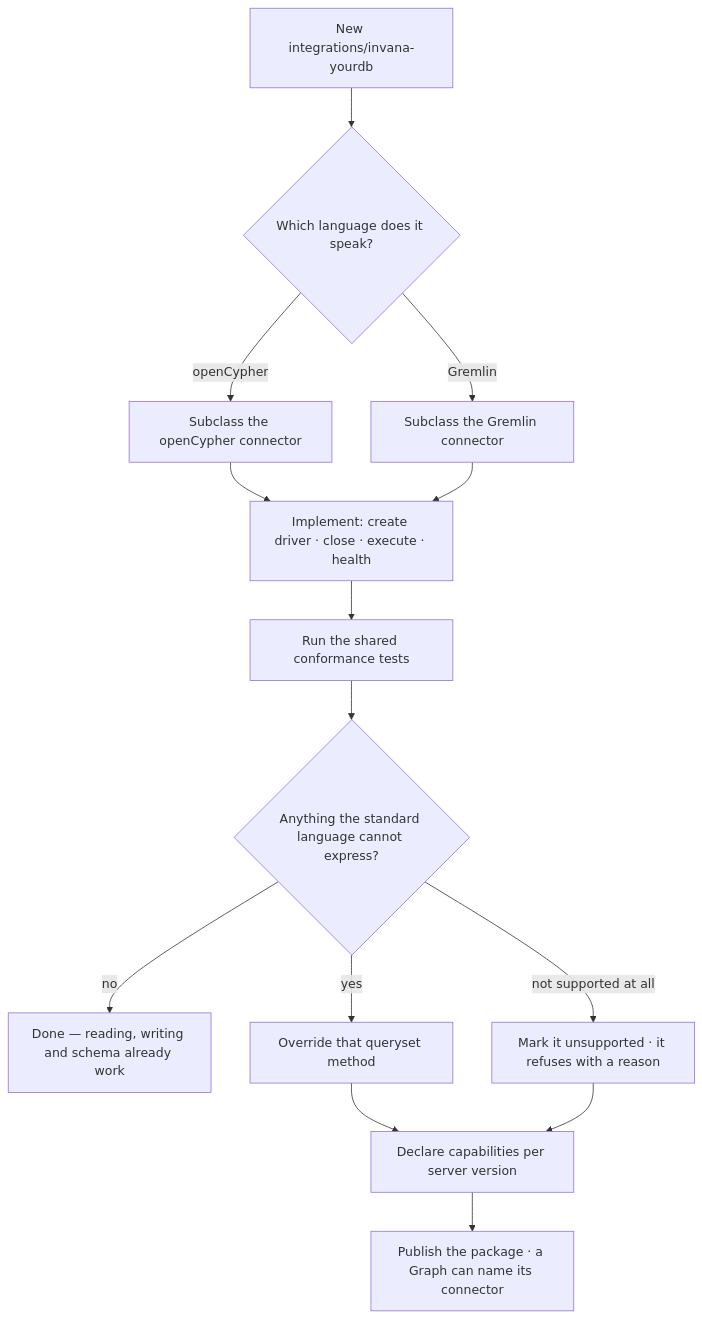
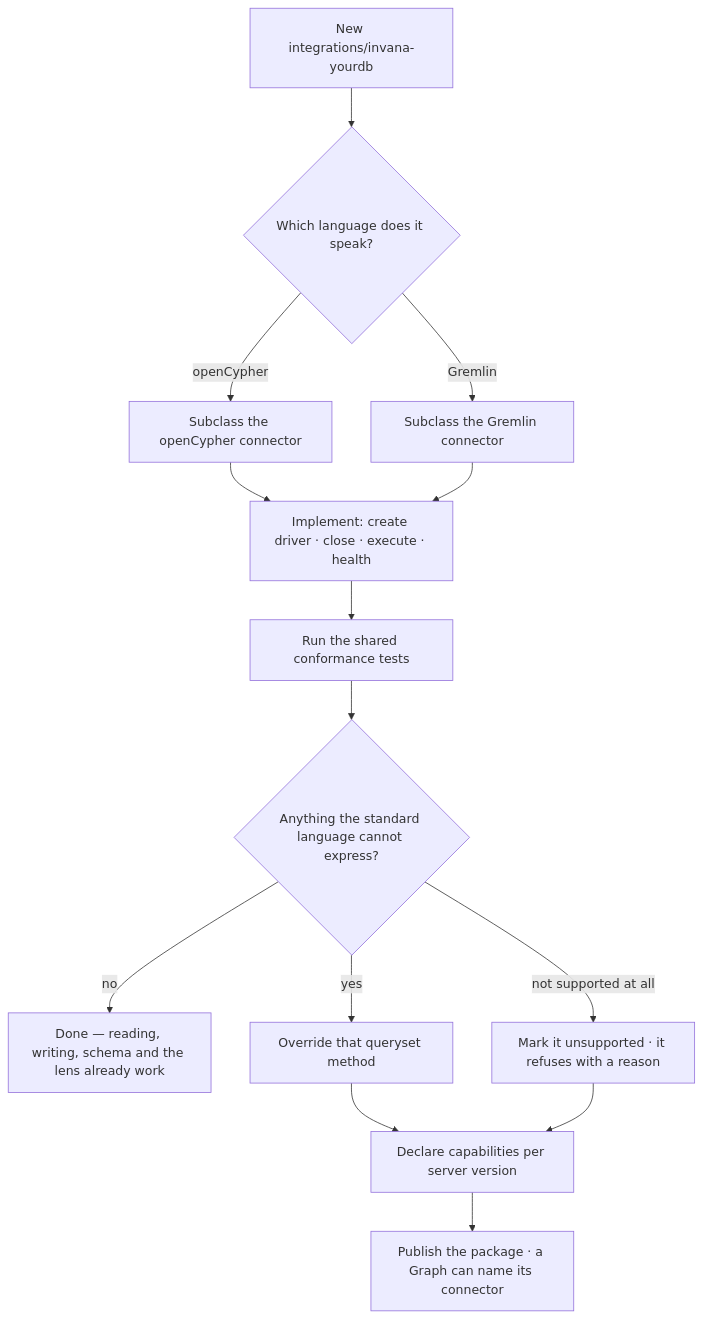
The first of 2 diagrams in docs/for-developers/modules/graph-connectors/features/the-connector-contract.md (invana/invana), drawn with Mermaid before and after one commit. The commit also changed other lines of this file and 25 other files, not shown here.

````diff
--- a/docs/for-developers/modules/graph-connectors/features/the-connector-contract.md
+++ b/docs/for-developers/modules/graph-connectors/features/the-connector-contract.md
@@ -30,16 +41,16 @@
 ```mermaid
 flowchart TD
     A[New integrations/invana-yourdb] --> B{Which language does it speak?}
     B -->|openCypher| C[Subclass the openCypher connector]
     B -->|Gremlin| D[Subclass the Gremlin connector]
     C --> E[Implement: create driver · close · execute · health]
     D --> E
     E --> F[Run the shared conformance tests]
     F --> G{Anything the standard language cannot express?}
-    G -->|no| H[Done — reading, writing and schema already work]
+    G -->|no| H[Done — reading, writing, schema and the lens already work]
     G -->|yes| I[Override that queryset method]
     G -->|not supported at all| J[Mark it unsupported · it refuses with a reason]
     I --> K[Declare capabilities per server version]
     J --> K
     K --> L[Publish the package · a Graph can name its connector]
 ```
````
